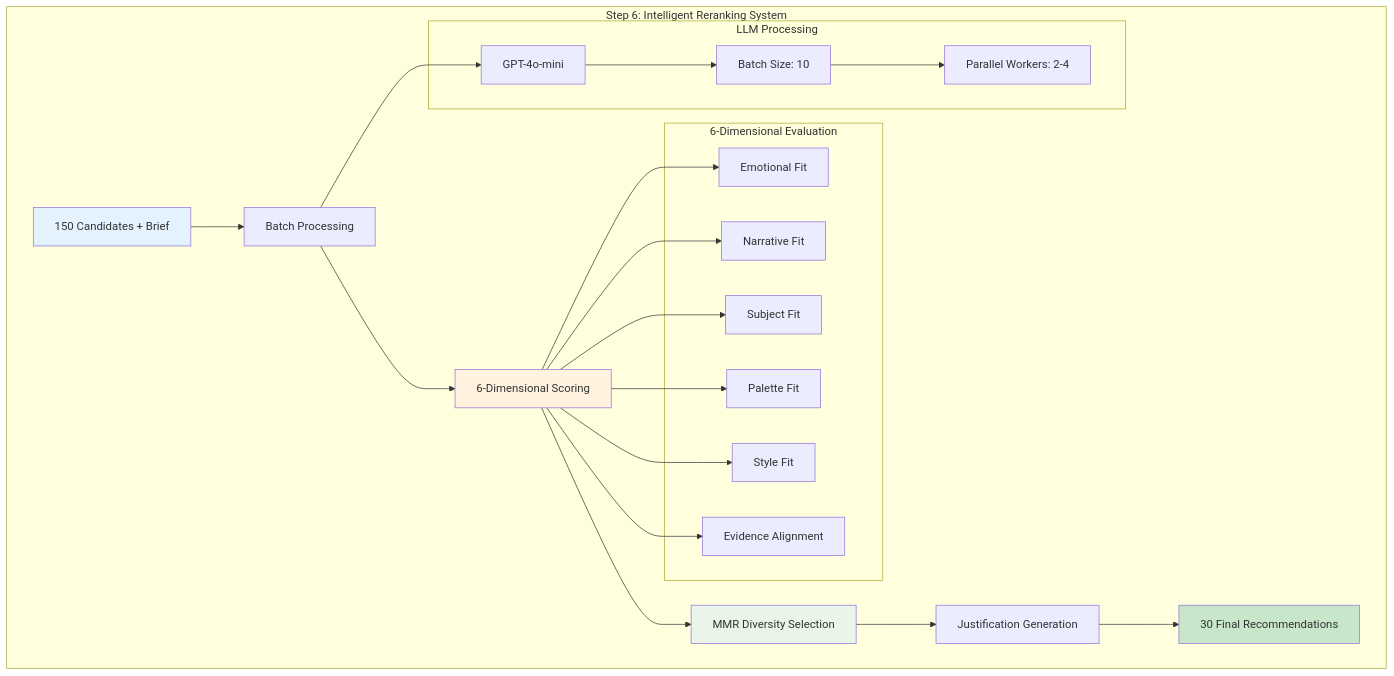
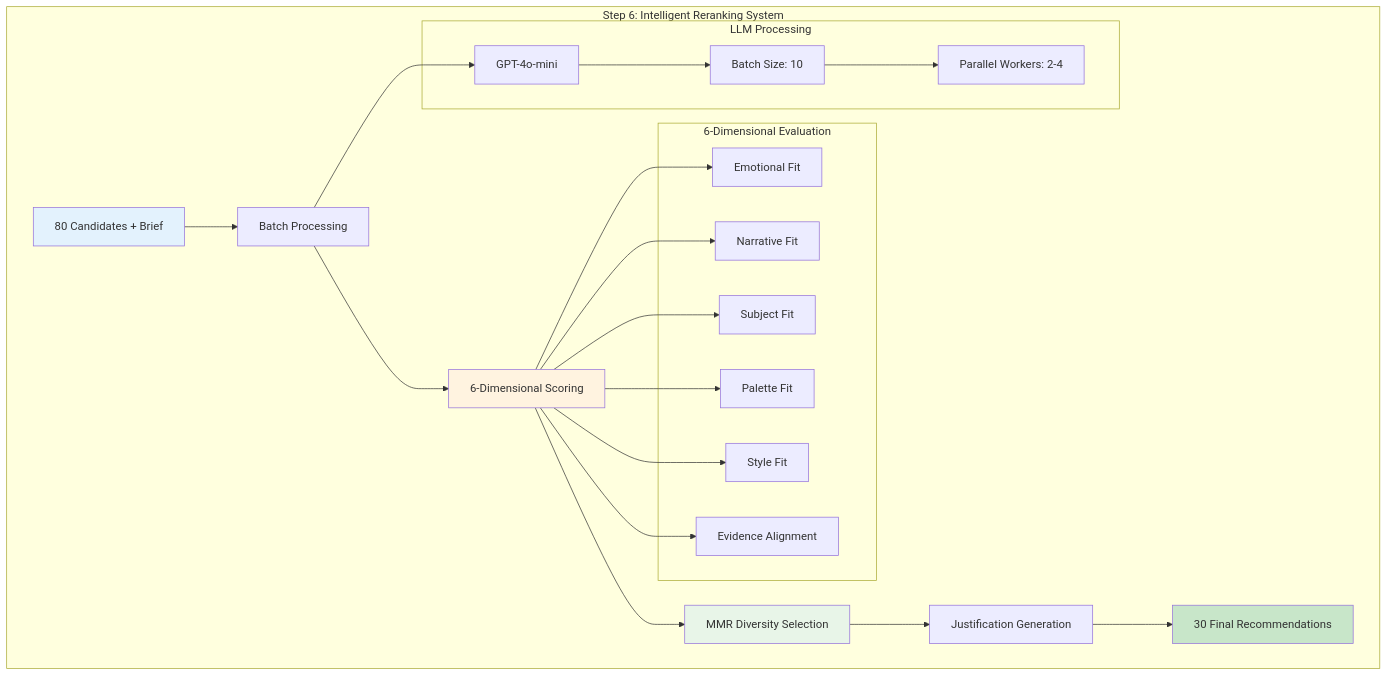
One commit to Arti-Team/Arti_prototype changed the fifth of 11 diagrams in art_curation_engine/README.md. Above: the diagram before and after it, drawn with Mermaid. The commit also changed other lines of this file and 11 other files, not shown here.

````diff
--- a/art_curation_engine/README.md
+++ b/art_curation_engine/README.md
@@ -341,41 +341,41 @@
 ```mermaid
 graph TB
     subgraph "Step 6: Intelligent Reranking System"
-        A[150 Candidates + Brief] --> B[Batch Processing]
+        A[80 Candidates + Brief] --> B[Batch Processing]
         B --> C[6-Dimensional Scoring]
         C --> D[MMR Diversity Selection]
         D --> E[Justification Generation]
         E --> F[30 Final Recommendations]
         
         subgraph "6-Dimensional Evaluation"
             G[Emotional Fit]
             H[Narrative Fit]
             I[Subject Fit]
             J[Palette Fit]
             K[Style Fit]
             L[Evidence Alignment]
         end
         
         C --> G
         C --> H
         C --> I
         C --> J
         C --> K
         C --> L
         
         subgraph "LLM Processing"
             M[GPT-4o-mini]
             N[Batch Size: 10]
             O[Parallel Workers: 2-4]
         end
         
         B --> M
         M --> N
         N --> O
     end
     
     style A fill:#e3f2fd
     style F fill:#c8e6c9
     style C fill:#fff3e0
     style D fill:#e8f5e8
 ```
````
